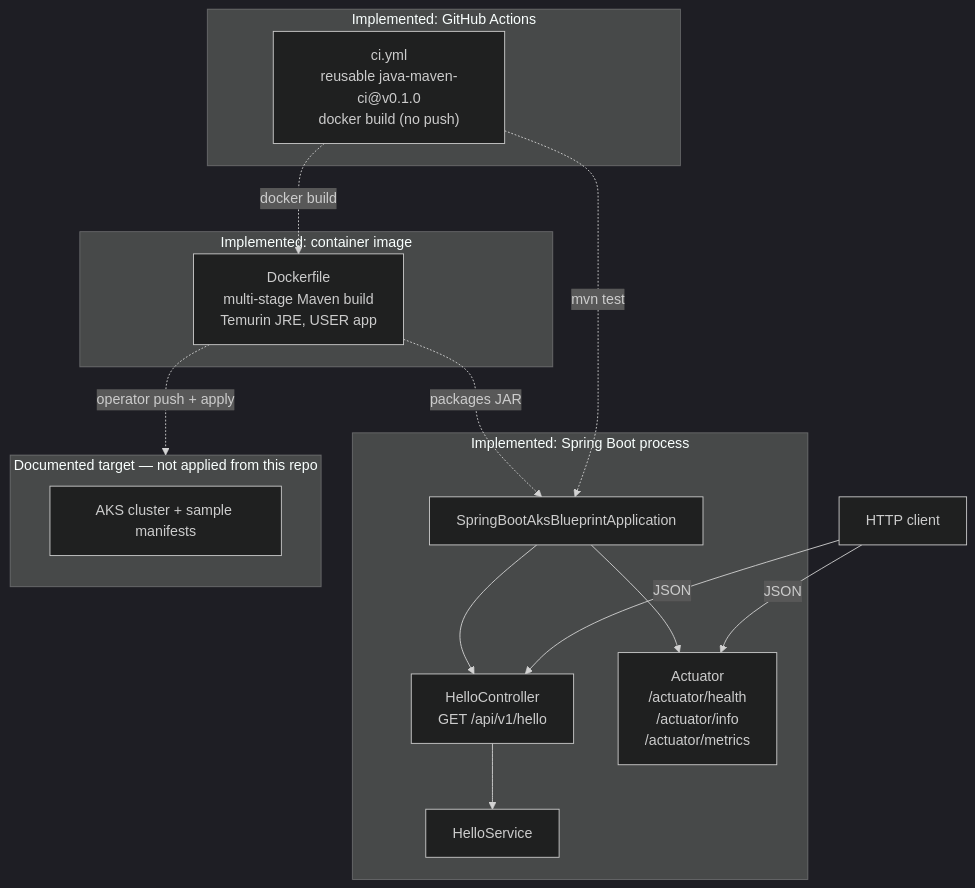
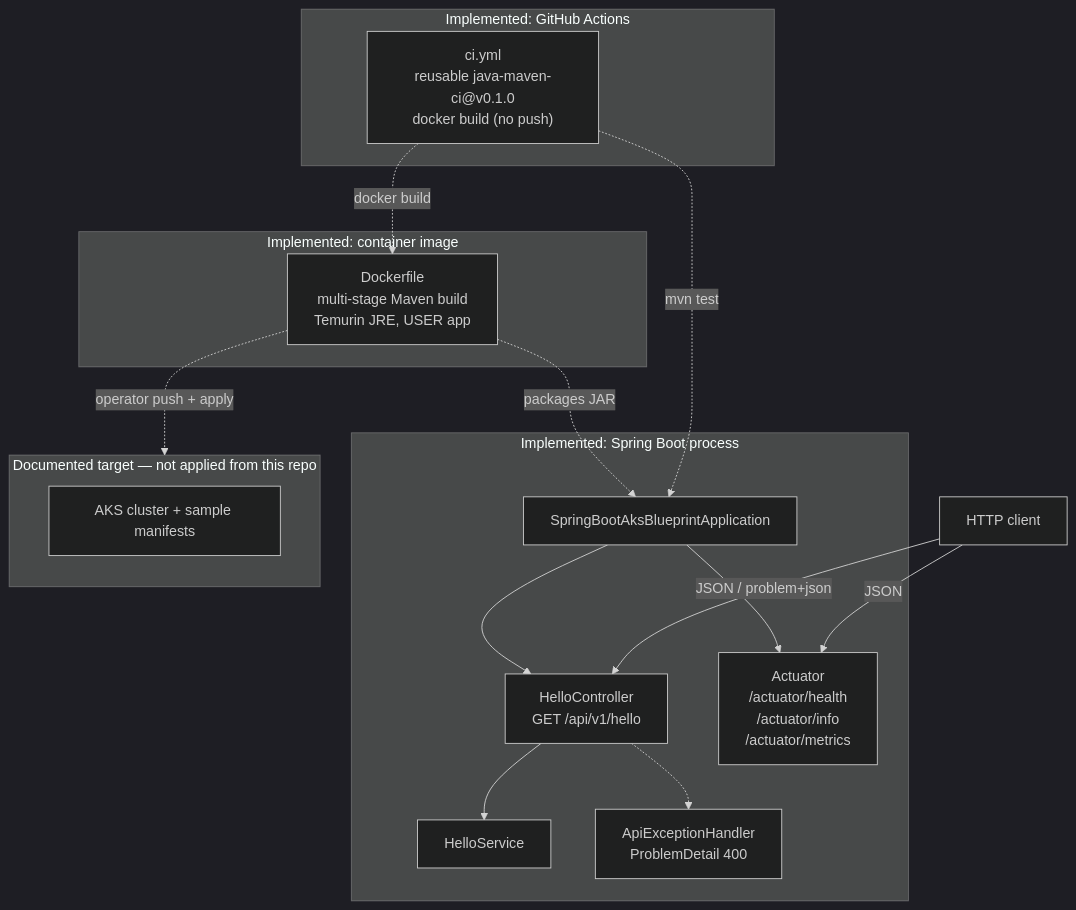
One commit to rmkr-dev/spring-boot-aks-blueprint changed the diagram in docs/architecture/architecture-diagram.md. Above: the diagram before and after it, drawn with Mermaid (dark theme). The commit also changed other lines of this file and 2 other files, not shown here.

Commit message:
chore: ignore Spring Boot major bumps in Dependabot
Stay on 3.5.x; update README and architecture diagram for error handling.

````diff
--- a/docs/architecture/architecture-diagram.md
+++ b/docs/architecture/architecture-diagram.md
@@ -5,34 +5,36 @@
 ```mermaid
 flowchart TB
   subgraph jvm["Implemented: Spring Boot process"]
     App["SpringBootAksBlueprintApplication"]
     Ctrl["HelloController<br/>GET /api/v1/hello"]
     Svc["HelloService"]
+    Err["ApiExceptionHandler<br/>ProblemDetail 400"]
     Act["Actuator<br/>/actuator/health<br/>/actuator/info<br/>/actuator/metrics"]
     App --> Ctrl
     Ctrl --> Svc
+    Ctrl -.-> Err
     App --> Act
   end
 
-  Client["HTTP client"] -->|"JSON"| Ctrl
+  Client["HTTP client"] -->|"JSON / problem+json"| Ctrl
   Client -->|"JSON"| Act
 
   subgraph image["Implemented: container image"]
     Docker["Dockerfile<br/>multi-stage Maven build<br/>Temurin JRE, USER app"]
   end
 
   Docker -.->|"packages JAR"| App
 
   subgraph ci["Implemented: GitHub Actions"]
     GHA["ci.yml<br/>reusable java-maven-ci@v0.1.0<br/>docker build (no push)"]
   end
 
   GHA -.->|"mvn test"| App
   GHA -.->|"docker build"| Docker
 
   subgraph aks_target["Documented target — not applied from this repo"]
     AKS["AKS cluster + sample manifests"]
   end
 
   Docker -.->|"operator push + apply"| aks_target
 ```
````
